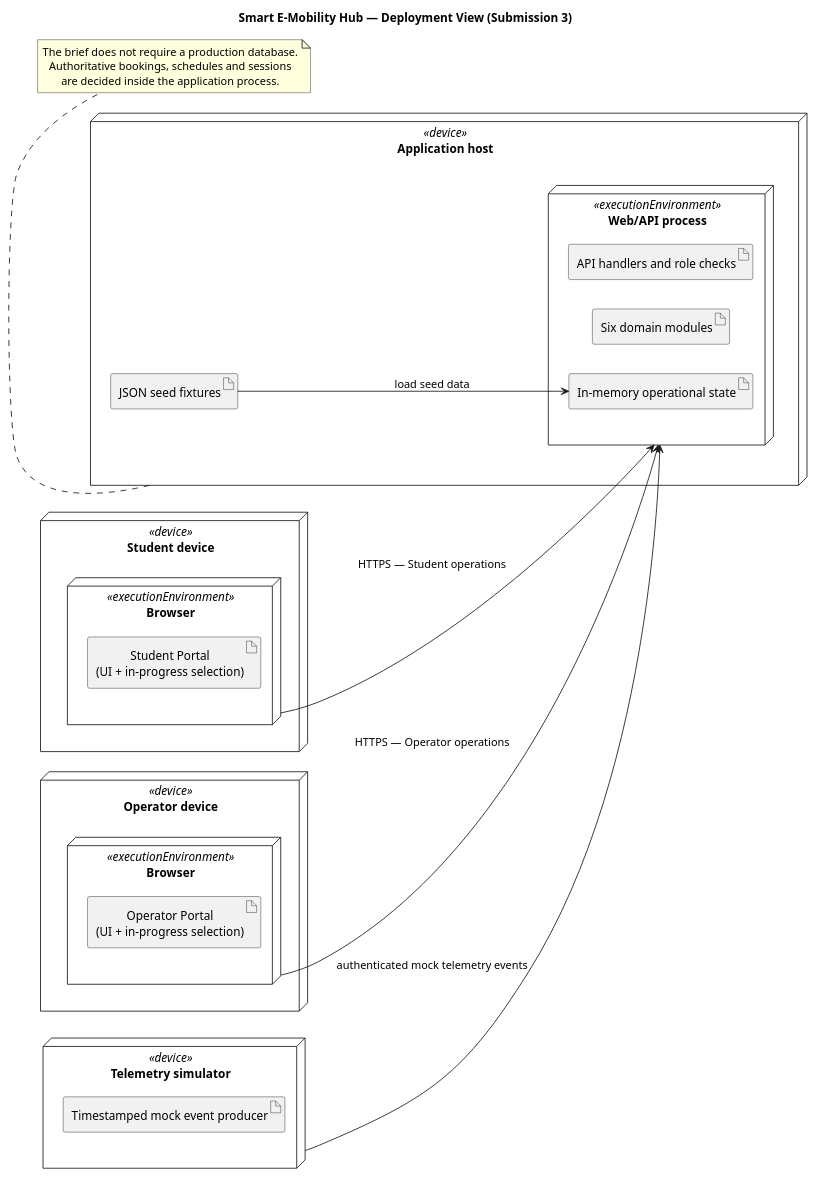
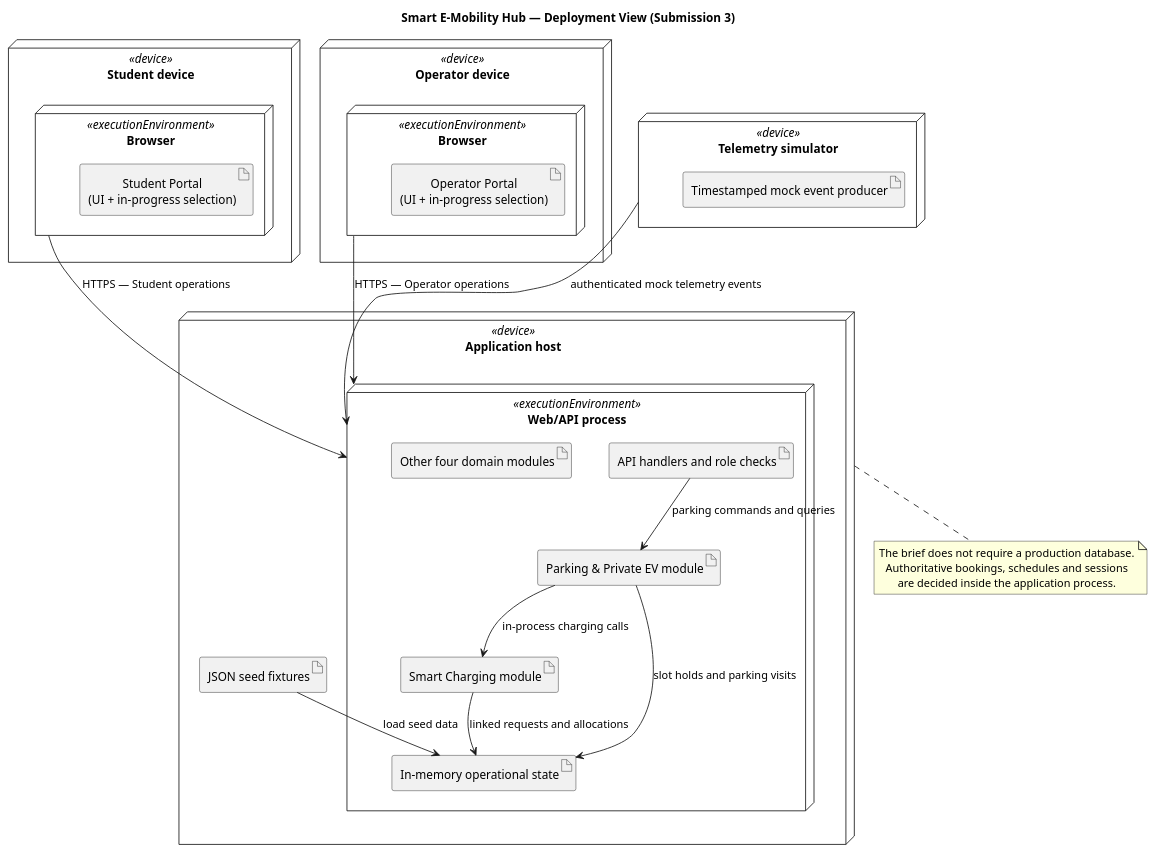
The diagram in docs/submission-3/deployment-view/Deployment_View.puml (thanhpham1108/smart-e-mobility-hub), drawn with PlantUML before and after one commit. The commit also changed 8 other files, not shown here.

Commit message:
docs: design parking and private EV module for submission 3

```diff
--- a/docs/submission-3/deployment-view/Deployment_View.puml
+++ b/docs/submission-3/deployment-view/Deployment_View.puml
@@ -1,43 +1,51 @@
 @startuml Deployment_View
 title Smart E-Mobility Hub — Deployment View (Submission 3)
-left to right direction
+top to bottom direction
+skinparam nodesep 45
+skinparam ranksep 55
 skinparam shadowing false
 skinparam componentStyle rectangle
 skinparam defaultTextAlignment center
 
 node "Student device" <<device>> as StudentDevice {
   node "Browser" <<executionEnvironment>> as StudentBrowser {
     artifact "Student Portal\n(UI + in-progress selection)" as StudentUI
   }
 }
 
 node "Operator device" <<device>> as OperatorDevice {
   node "Browser" <<executionEnvironment>> as OperatorBrowser {
     artifact "Operator Portal\n(UI + in-progress selection)" as OperatorUI
   }
 }
 
 node "Application host" <<device>> as ApplicationHost {
   node "Web/API process" <<executionEnvironment>> as ApplicationProcess {
     artifact "API handlers and role checks" as API
-    artifact "Six domain modules" as Domain
+    artifact "Parking & Private EV module" as Parking
+    artifact "Smart Charging module" as Charging
+    artifact "Other four domain modules" as Domain
     artifact "In-memory operational state" as State
   }
   artifact "JSON seed fixtures" as Fixtures
 }
 
 node "Telemetry simulator" <<device>> as SimulatorHost {
   artifact "Timestamped mock event producer" as Producer
 }
 
 StudentBrowser --> ApplicationProcess : HTTPS — Student operations
 OperatorBrowser --> ApplicationProcess : HTTPS — Operator operations
 SimulatorHost --> ApplicationProcess : authenticated mock telemetry events
 Fixtures --> State : load seed data
+API --> Parking : parking commands and queries
+Parking --> Charging : in-process charging calls
+Parking --> State : slot holds and parking visits
+Charging --> State : linked requests and allocations
 
 note bottom of ApplicationHost
   The brief does not require a production database.
   Authoritative bookings, schedules and sessions
   are decided inside the application process.
 end note
 @enduml
```
